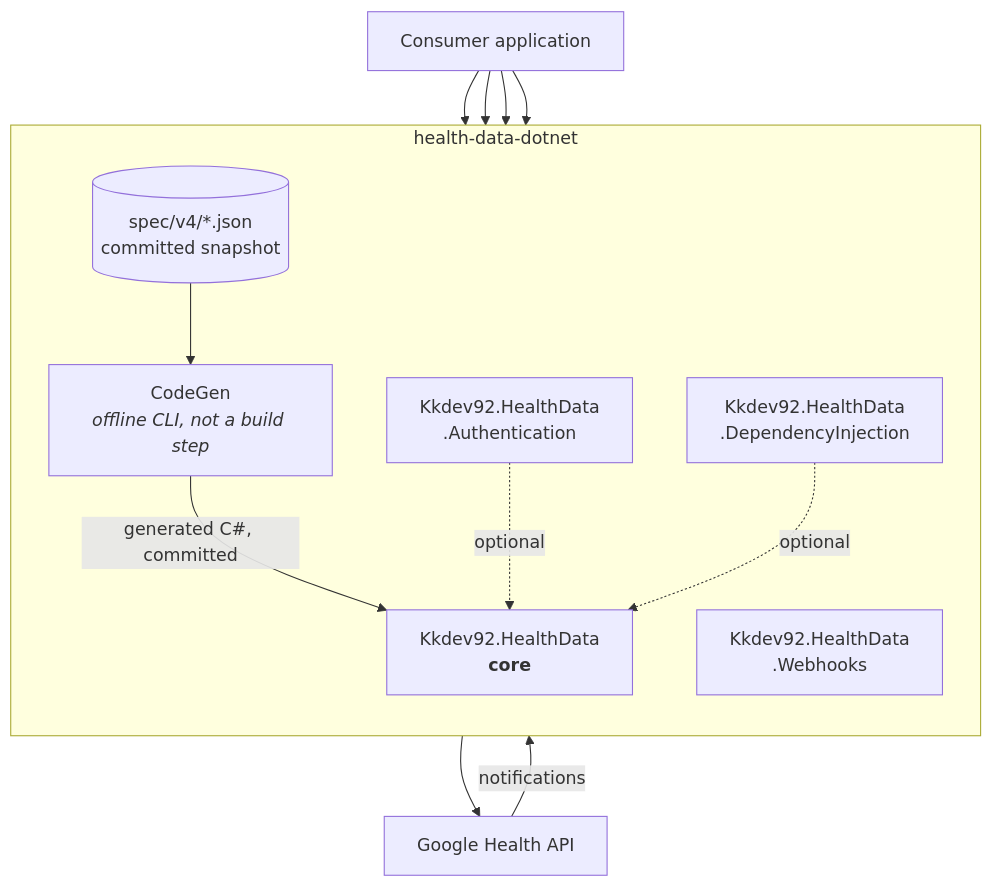
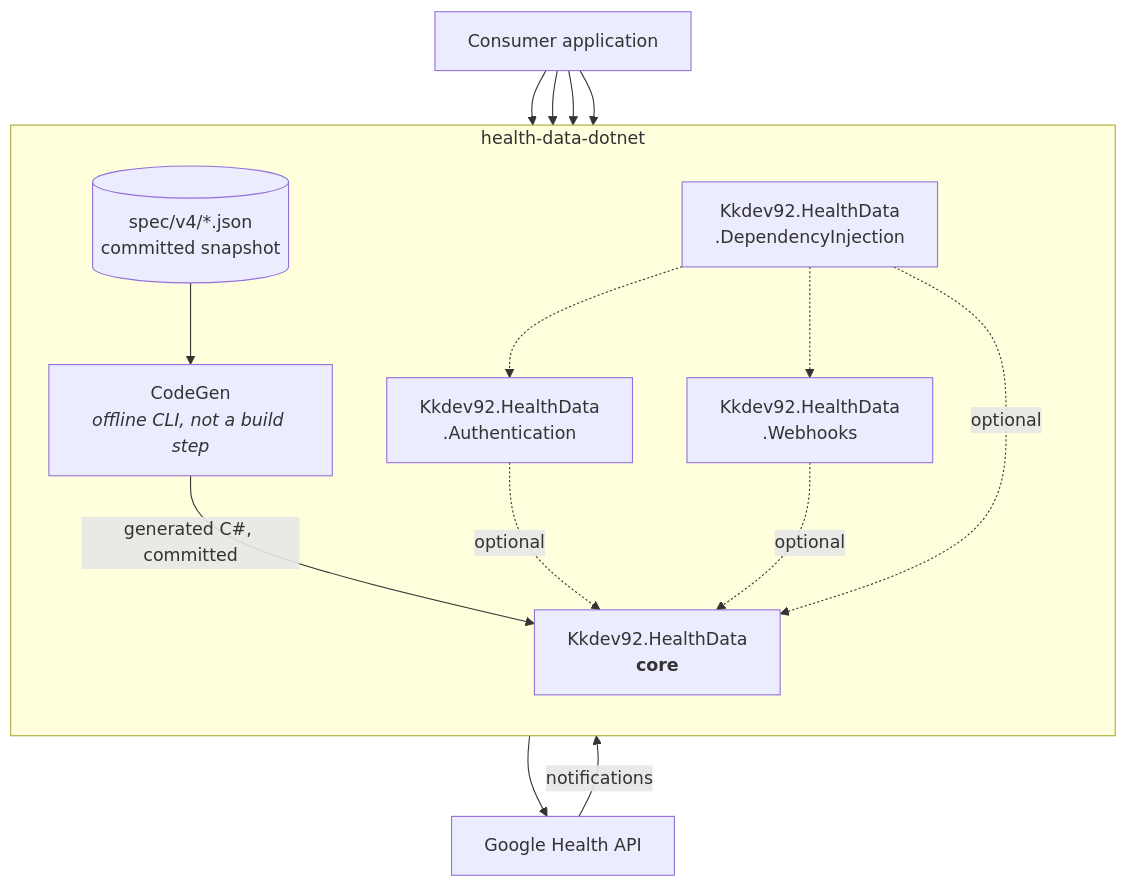
One commit to kkdev92/health-data-dotnet changed the second of 5 diagrams in docs/architecture.md. Above: the diagram before and after it, drawn with Mermaid. The commit also changed 1 other file, not shown here.

Commit message:
Make the architecture diagram and the generator counts true again
Three of the five dependencies between the packages were missing from the diagram:
webhooks on core, and dependency injection on both of the others. A reader working
out which packages they need was being shown four of them with two edges.

The generator's summary said 237 committed files and 19 scopes. It emits 235 and 20.
Both numbers are printed by `codegen verify`, so the line now says so — a number
somebody has to remember to update is a number that goes stale, and these had.

Checked mechanically rather than by reading: the diagram's edges are compared
against the project references, and every count in the documentation against what
the generator reports.

````diff
--- a/docs/architecture.md
+++ b/docs/architecture.md
@@ -101,28 +101,31 @@
 ```mermaid
 flowchart TB
     APP["Consumer application"]
 
     subgraph REPO["health-data-dotnet"]
         direction TB
         SPEC[("spec/v4/*.json<br/>committed snapshot")]
         CODEGEN["CodeGen<br/><i>offline CLI, not a build step</i>"]
         CORE["Kkdev92.HealthData<br/><b>core</b>"]
         AUTH["Kkdev92.HealthData<br/>.Authentication"]
         DI["Kkdev92.HealthData<br/>.DependencyInjection"]
         WEBHOOK["Kkdev92.HealthData<br/>.Webhooks"]
 
         SPEC --> CODEGEN
         CODEGEN -->|"generated C#, committed"| CORE
         AUTH -.->|optional| CORE
+        WEBHOOK -.->|optional| CORE
         DI -.->|optional| CORE
+        DI -.-> AUTH
+        DI -.-> WEBHOOK
     end
 
     GOOGLE["Google Health API"]
 
     APP --> CORE
     APP --> AUTH
     APP --> DI
     APP --> WEBHOOK
     CORE --> GOOGLE
     GOOGLE -->|notifications| WEBHOOK
 ```
````
